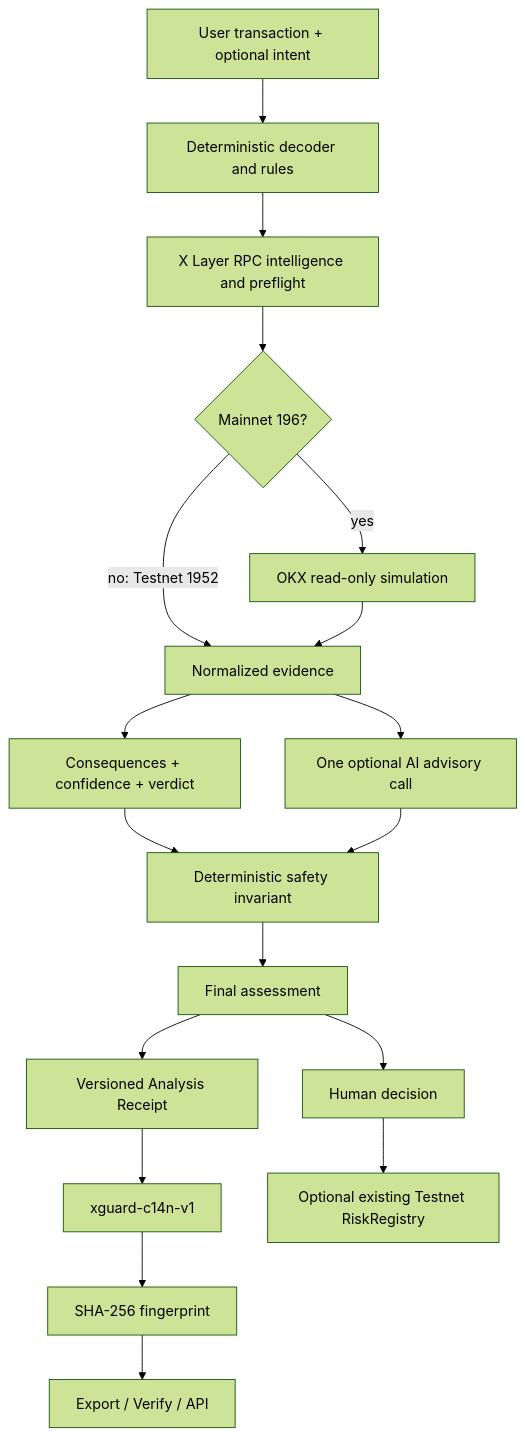
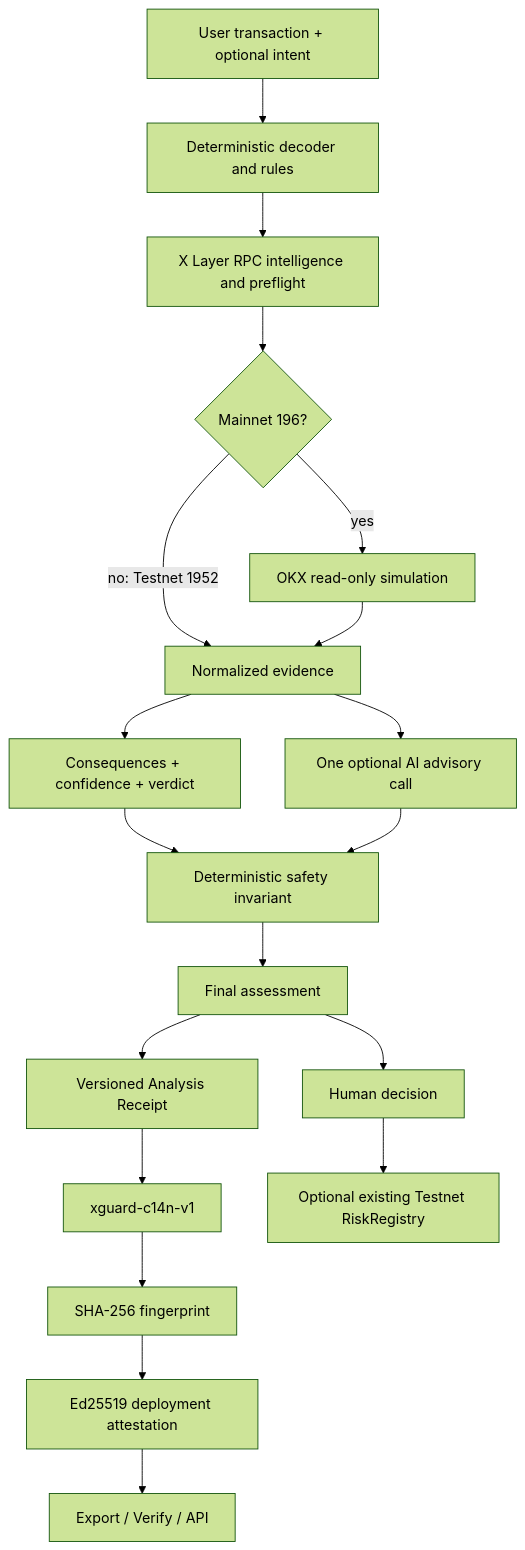
Before and after one commit to leafwithered/xguard-ai: the diagram in README.md, drawn with Mermaid (forest theme). The commit also changed other lines of this file and 14 other files, not shown here.

````diff
--- a/README.md
+++ b/README.md
@@ -70,20 +74,21 @@
 ```mermaid
 flowchart TD
     U[User transaction + optional intent] --> D[Deterministic decoder and rules]
     D --> R[X Layer RPC intelligence and preflight]
     R --> O{Mainnet 196?}
     O -->|yes| S[OKX read-only simulation]
     O -->|no: Testnet 1952| E[Normalized evidence]
     S --> E
     E --> C[Consequences + confidence + verdict]
     E --> A[One optional AI advisory call]
     C --> F[Deterministic safety invariant]
     A --> F
     F --> V[Final assessment]
     V --> P[Versioned Analysis Receipt]
     P --> K[xguard-c14n-v1]
     K --> Z[SHA-256 fingerprint]
-    Z --> X[Export / Verify / API]
+    Z --> T[Ed25519 deployment attestation]
+    T --> X[Export / Verify / API]
     V --> H[Human decision]
     H --> Q[Optional existing Testnet RiskRegistry]
 ```
````
